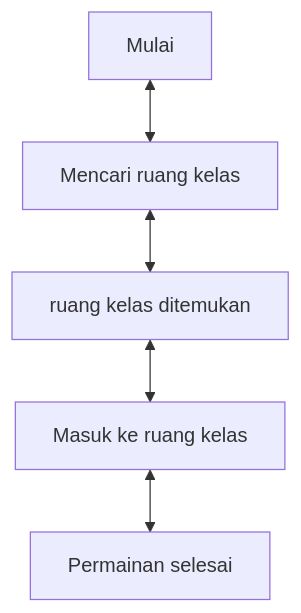
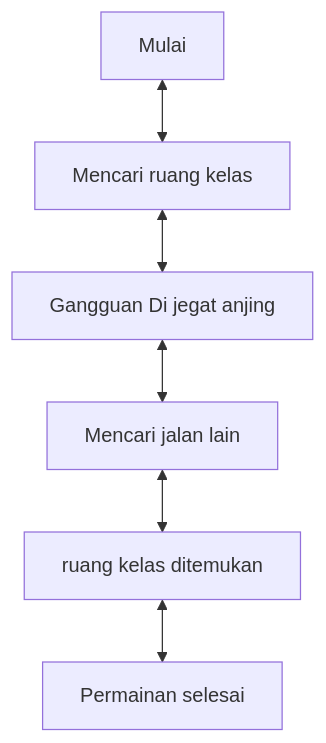
One commit to BaidhowiAlHuseiniHakiki/BaidhowiAlHuseiniHakiki changed the diagram in UTS1_PDP.md. Above: the diagram before and after it, drawn with Mermaid. The commit also changed other lines of this file, not shown here.

````diff
--- a/UTS1_PDP.md
+++ b/UTS1_PDP.md
@@ -30,7 +30,8 @@
 ```mermaid
 flowchart TD
     A[Mulai] <-->B[Mencari ruang kelas]
-    B <--> C[ruang kelas ditemukan]
-    C <--> D[Masuk ke ruang kelas]
-    D <--> E[Permainan selesai]
+    B <--> C[Gangguan Di jegat anjing]
+    C <--> D[Mencari jalan lain]
+    D <--> E[ruang kelas ditemukan]
+    E <--> F[Permainan selesai]
 ```
````
